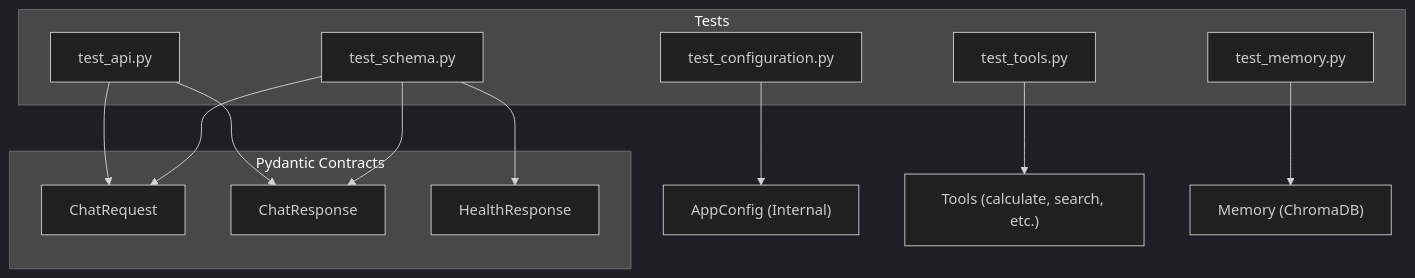
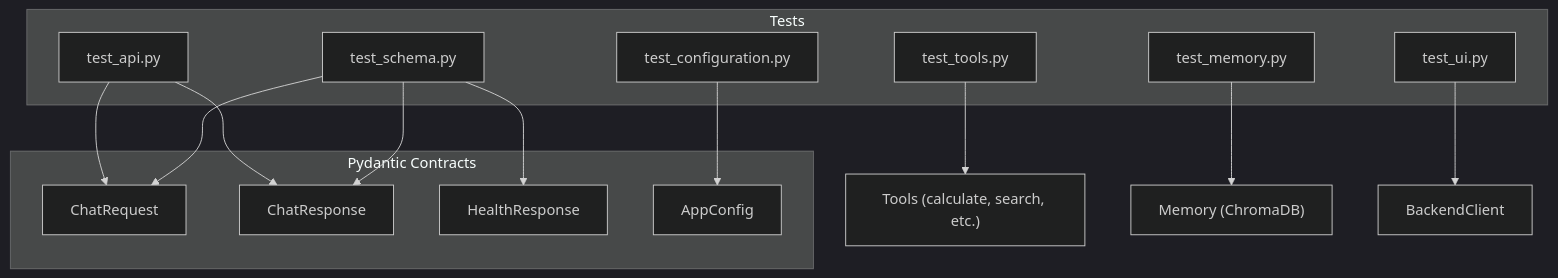
The diagram in reports/docs/runbooks/test_suite.md (SebastianGarrido2790/ai-assistant-docker-app), drawn with Mermaid (dark theme) before and after one commit. The commit also changed other lines of this file and 23 other files, not shown here.

````diff
--- a/reports/docs/runbooks/test_suite.md
+++ b/reports/docs/runbooks/test_suite.md
@@ -131,25 +167,28 @@
 ```mermaid
 graph TD
     subgraph "Pydantic Contracts"
         CR["ChatRequest"]
         CP["ChatResponse"]
         HR["HealthResponse"]
+        AC["AppConfig"]
     end
 
     subgraph "Tests"
         TS["test_schema.py"]
         TA["test_api.py"]
         TC["test_configuration.py"]
         TT["test_tools.py"]
         TM["test_memory.py"]
+        TU["test_ui.py"]
     end
 
     TS --> CR
     TS --> CP
     TS --> HR
     TA --> CR
     TA --> CP
-    TC --> AppConfig["AppConfig (Internal)"]
+    TC --> AC
     TT --> TL["Tools (calculate, search, etc.)"]
     TM --> DB["Memory (ChromaDB)"]
+    TU --> BC["BackendClient"]
 ```
````
